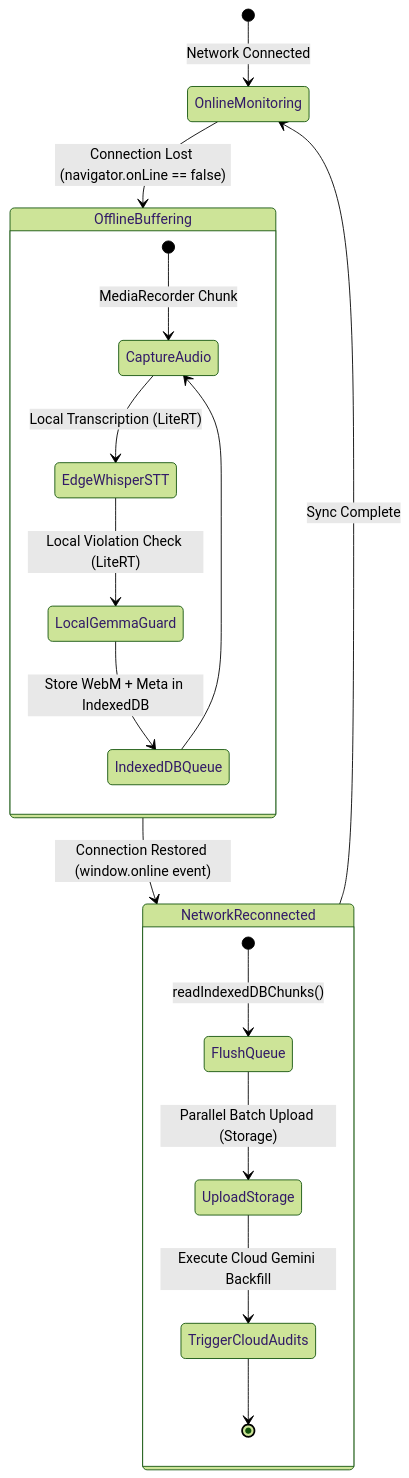
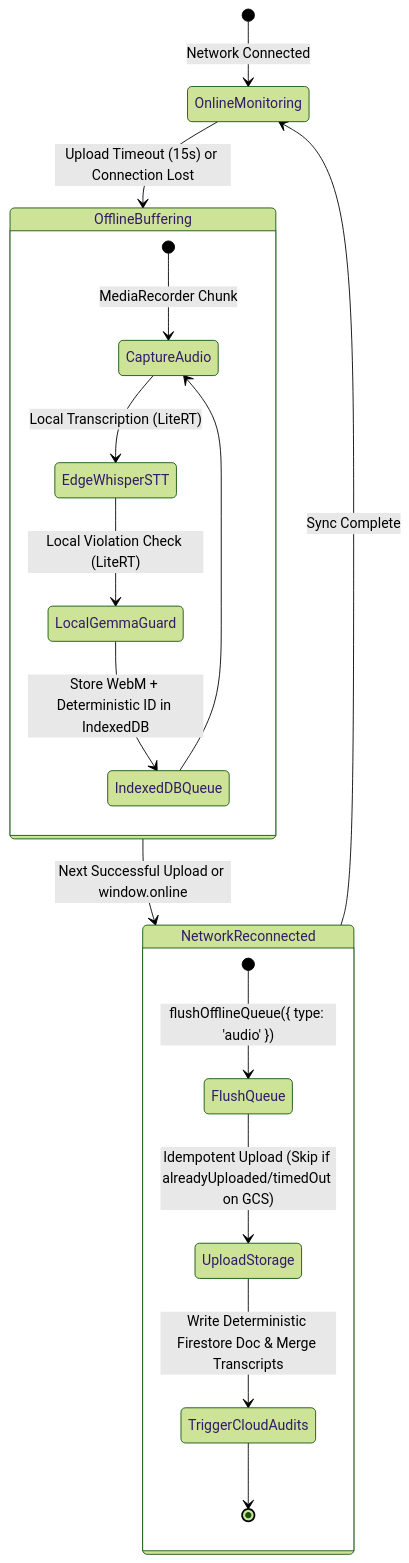
Before and after one commit to wongcyrus/Google-AI-Classroom: the sixth of 7 diagrams in docs/audio-invigilation-and-transcription.md, drawn with Mermaid (forest theme). The commit also changed other lines of this file and 3 other files, not shown here.

Commit message:
docs: document idempotent student/teacher upload retries and stream-drop resilience

````diff
--- a/docs/audio-invigilation-and-transcription.md
+++ b/docs/audio-invigilation-and-transcription.md
@@ -216,24 +220,24 @@
 ```mermaid
 stateDiagram-v2
     [*] --> OnlineMonitoring: Network Connected
-    OnlineMonitoring --> OfflineBuffering: Connection Lost (navigator.onLine == false)
+    OnlineMonitoring --> OfflineBuffering: Upload Timeout (15s) or Connection Lost
     
     state OfflineBuffering {
         [*] --> CaptureAudio: MediaRecorder Chunk
         CaptureAudio --> EdgeWhisperSTT: Local Transcription (LiteRT)
         EdgeWhisperSTT --> LocalGemmaGuard: Local Violation Check (LiteRT)
-        LocalGemmaGuard --> IndexedDBQueue: Store WebM + Meta in IndexedDB
+        LocalGemmaGuard --> IndexedDBQueue: Store WebM + Deterministic ID in IndexedDB
         IndexedDBQueue --> CaptureAudio
     }
 
-    OfflineBuffering --> NetworkReconnected: Connection Restored (window.online event)
+    OfflineBuffering --> NetworkReconnected: Next Successful Upload or window.online
     
     state NetworkReconnected {
-        [*] --> FlushQueue: readIndexedDBChunks()
-        FlushQueue --> UploadStorage: Parallel Batch Upload (Storage)
-        UploadStorage --> TriggerCloudAudits: Execute Cloud Gemini Backfill
+        [*] --> FlushQueue: flushOfflineQueue({ type: 'audio' })
+        FlushQueue --> UploadStorage: Idempotent Upload (Skip if alreadyUploaded/timedOut on GCS)
+        UploadStorage --> TriggerCloudAudits: Write Deterministic Firestore Doc & Merge Transcripts
         TriggerCloudAudits --> [*]
     }
     
     NetworkReconnected --> OnlineMonitoring: Sync Complete
 ```
````
